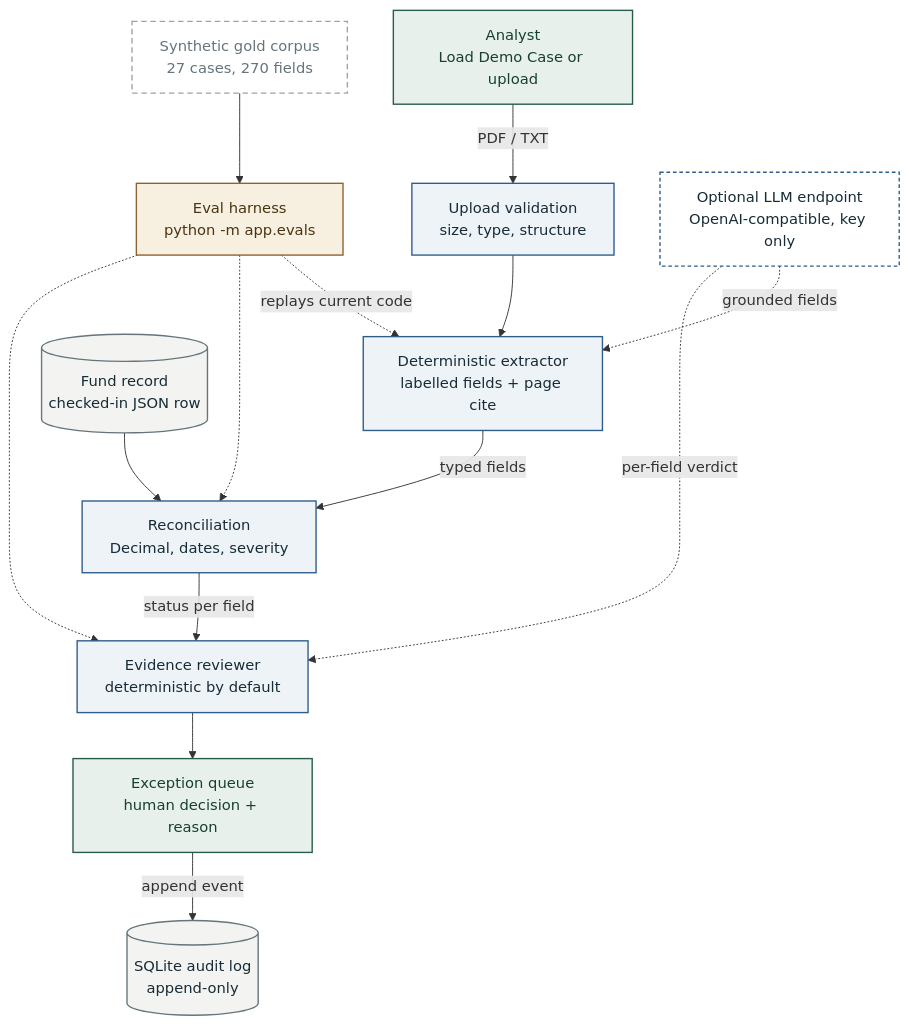
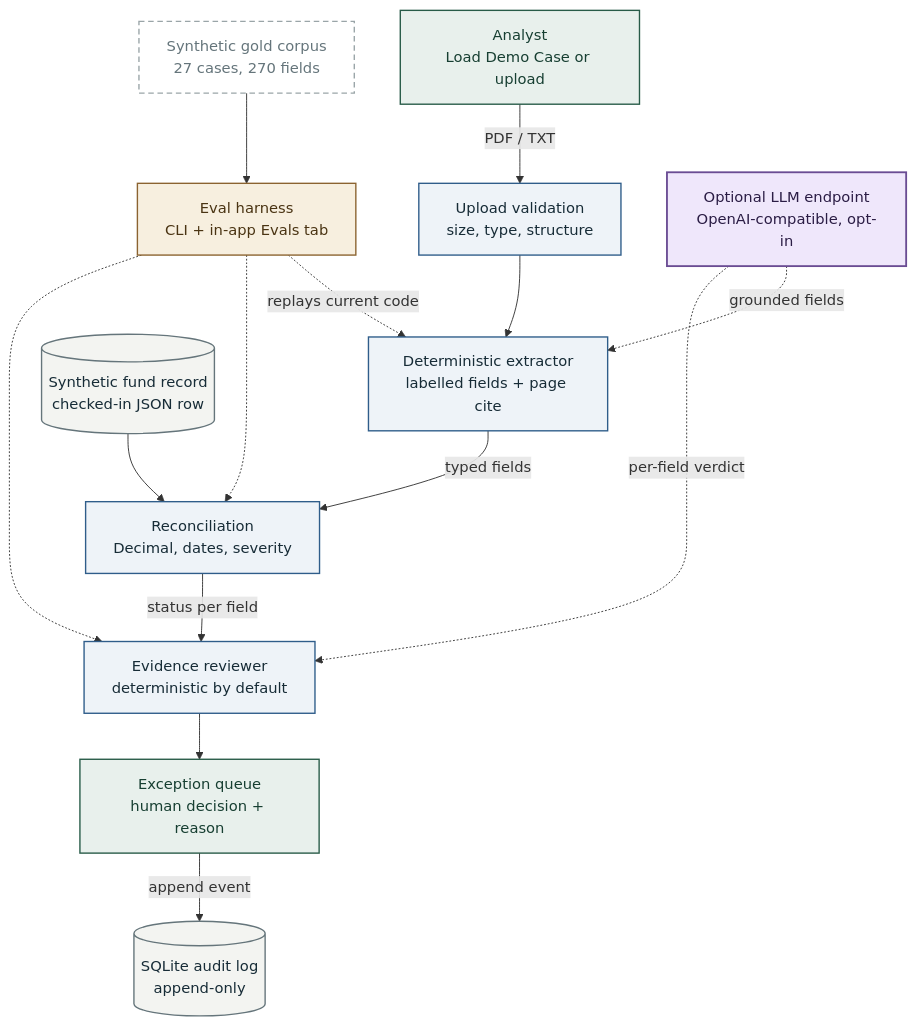
One commit to retinapeg/YLOOKUP changed the diagram in docs/architecture.mmd. Above: the diagram before and after it, drawn with Mermaid. The commit also changed 2 other files, not shown here.

Commit message:
docs: style optional LLM node as model call and clarify labels

```diff
--- a/docs/architecture.mmd
+++ b/docs/architecture.mmd
@@ -1,43 +1,43 @@
 %% Architecture of YLOOKUP at commit 0a0043b984beeeb300379264666bc59aa5a12c97
 %% Sources: streamlit_app.py, app/file_handling.py, app/extraction.py, app/sample_data.py, app/reconciliation.py, app/review.py, app/storage.py, app/evals/runner.py, app/evals/schema.py, app/evals/telemetry.py
 %% Render: npx @mermaid-js/mermaid-cli -i docs/architecture.mmd -o docs/images/architecture.svg -b white
 flowchart TD
     gold["Synthetic gold corpus<br/>27 cases, 270 fields"]
-    evals["Eval harness<br/>python -m app.evals"]
+    evals["Eval harness<br/>CLI + in-app Evals tab"]
     user["Analyst<br/>Load Demo Case or upload"]
     validate["Upload validation<br/>size, type, structure"]
     extract["Deterministic extractor<br/>labelled fields + page cite"]
-    llm["Optional LLM endpoint<br/>OpenAI-compatible, key only"]
-    record[("Fund record<br/>checked-in JSON row")]
+    llm["Optional LLM endpoint<br/>OpenAI-compatible, opt-in"]
+    record[("Synthetic fund record<br/>checked-in JSON row")]
     recon["Reconciliation<br/>Decimal, dates, severity"]
     review["Evidence reviewer<br/>deterministic by default"]
     decide["Exception queue<br/>human decision + reason"]
     audit[("SQLite audit log<br/>append-only")]
 
     user -->|"PDF / TXT"| validate --> extract
     extract -->|"typed fields"| recon
     record --> recon
     recon -->|"status per field"| review
     review --> decide
     decide -->|"append event"| audit
     llm -.->|"grounded fields"| extract
     llm -.->|"per-field verdict"| review
     gold --> evals
     evals -.->|"replays current code"| extract
     evals -.-> recon
     evals -.-> review
 
     class user,decide human;
     class validate,extract,recon,review det;
-    class llm ext;
+    class llm ai;
     class record,audit store;
     class gold mock;
     class evals eval;
 
     classDef ai fill:#efe7fb,stroke:#6a4c93,stroke-width:2px,color:#2b1d45;
     classDef det fill:#eef3f8,stroke:#2f5d8a,stroke-width:1.5px,color:#172c37;
     classDef human fill:#e8f0ec,stroke:#285b48,stroke-width:1.5px,color:#173f32;
     classDef eval fill:#f7efdf,stroke:#8b6330,stroke-width:1.5px,color:#4a3413;
     classDef store fill:#f3f4f1,stroke:#65757b,stroke-width:1.5px,color:#172c37;
     classDef ext fill:#ffffff,stroke:#2f5d8a,stroke-width:1.5px,stroke-dasharray:4 3,color:#172c37;
     classDef mock fill:#ffffff,stroke:#9aa5a8,stroke-width:1.5px,stroke-dasharray:6 4,color:#65757b;
```
